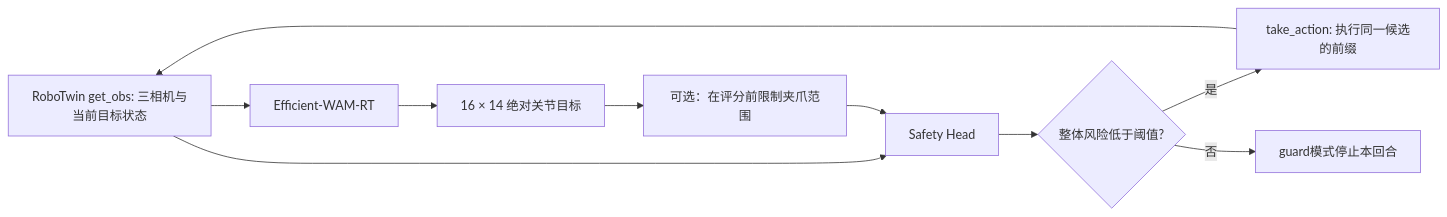
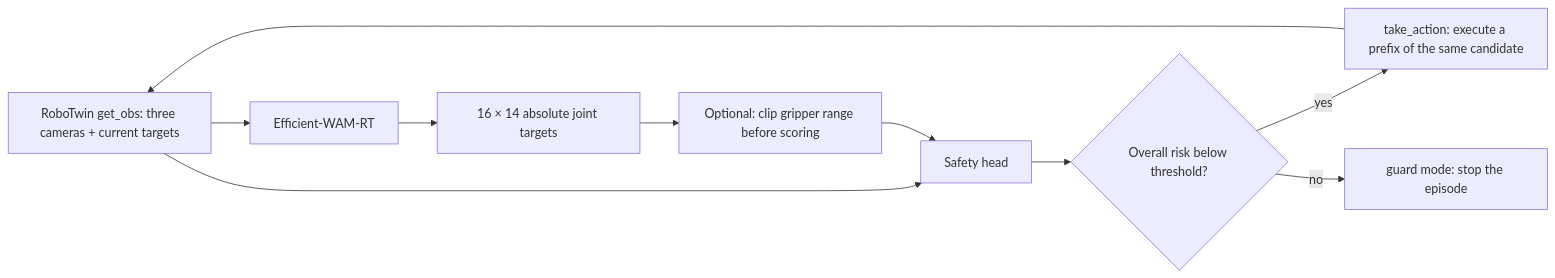
Before and after one commit to maxiaovivi/WAtcher: the diagram in README.md, drawn with Mermaid. The commit also changed other lines of this file and 53 other files, not shown here.

````diff
--- a/README.md
+++ b/README.md
@@ -7,12 +23,12 @@
 ```mermaid
 flowchart LR
-  O[RoboTwin get_obs: 三相机与当前目标状态] --> W[Efficient-WAM-RT]
-  W --> A[16 × 14 绝对关节目标]
-  A --> P[可选：在评分前限制夹爪范围]
-  O --> S[Safety Head]
+  O[RoboTwin get_obs: three cameras + current targets] --> W[Efficient-WAM-RT]
+  W --> A[16 × 14 absolute joint targets]
+  A --> P[Optional: clip gripper range before scoring]
+  O --> S[Safety head]
   P --> S
-  S --> G{整体风险低于阈值?}
-  G -->|是| E[take_action: 执行同一候选的前缀]
+  S --> G{Overall risk below threshold?}
+  G -->|yes| E[take_action: execute a prefix of the same candidate]
   E --> O
-  G -->|否| H[guard模式停止本回合]
+  G -->|no| H[guard mode: stop the episode]
 ```
````
